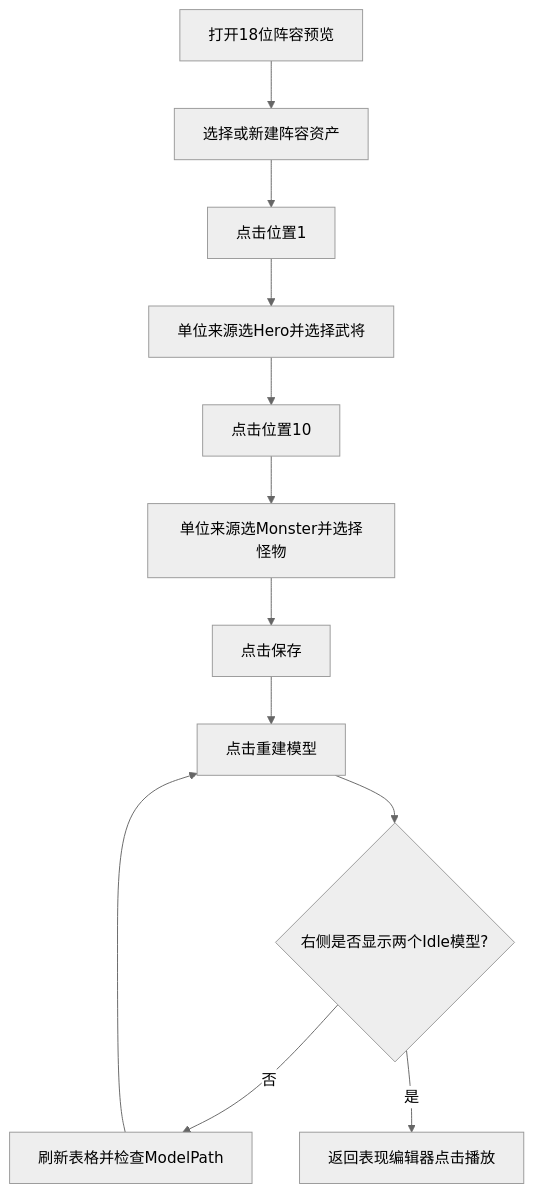
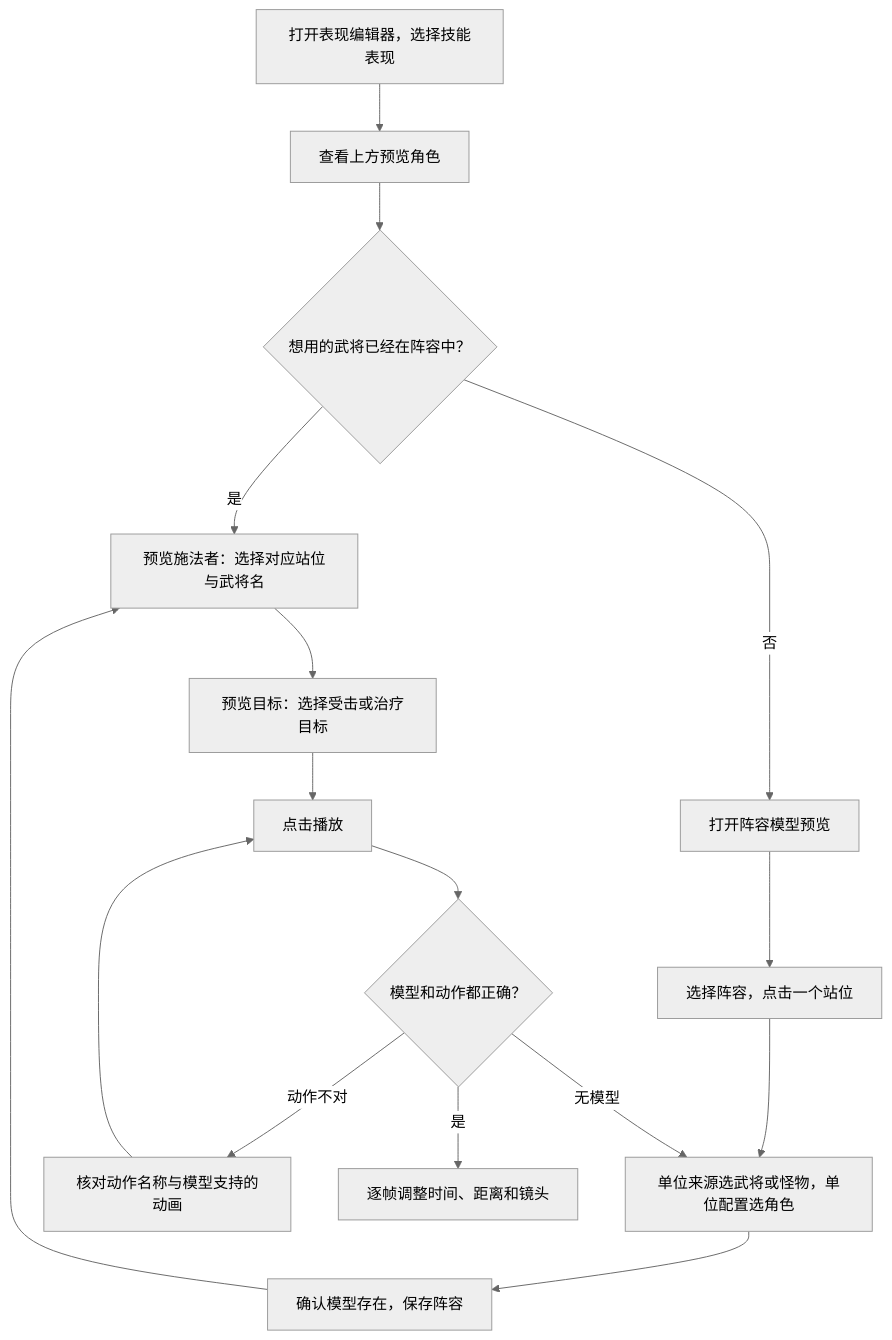
One commit to liuxiuyang0926-bit/LxyProject changed the eighth of 13 diagrams in Packages/LxyGame/LxyGame.Logic/Documentation~/TurnBasedSkillAuthoringGuide.md. Above: the diagram before and after it, drawn with Mermaid (neutral theme). The commit also changed other lines of this file and 45 other files, not shown here.

````diff
--- a/Packages/LxyGame/LxyGame.Logic/Documentation~/TurnBasedSkillAuthoringGuide.md
+++ b/Packages/LxyGame/LxyGame.Logic/Documentation~/TurnBasedSkillAuthoringGuide.md
@@ -671,14 +692,18 @@
-```mermaid
+~~~mermaid
 flowchart TD
-    A[打开18位阵容预览] --> B[选择或新建阵容资产]
-    B --> C[点击位置1]
-    C --> D[单位来源选Hero并选择武将]
-    D --> E[点击位置10]
-    E --> F[单位来源选Monster并选择怪物]
-    F --> G[点击保存]
-    G --> H[点击重建模型]
-    H --> I{右侧是否显示两个Idle模型?}
-    I -- 否 --> J[刷新表格并检查ModelPath]
-    J --> H
-    I -- 是 --> K[返回表现编辑器点击播放]
-```
+    A["打开表现编辑器，选择技能表现"] --> B["查看上方预览角色"]
+    B --> C{"想用的武将已经在阵容中？"}
+    C -- 是 --> D["预览施法者：选择对应站位与武将名"]
+    C -- 否 --> E["打开阵容模型预览"]
+    E --> F["选择阵容，点击一个站位"]
+    F --> G["单位来源选武将或怪物，单位配置选角色"]
+    G --> H["确认模型存在，保存阵容"]
+    H --> D
+    D --> I["预览目标：选择受击或治疗目标"]
+    I --> J["点击播放"]
+    J --> K{"模型和动作都正确？"}
+    K -- 无模型 --> G
+    K -- 动作不对 --> L["核对动作名称与模型支持的动画"]
+    L --> J
+    K -- 是 --> M["逐帧调整时间、距离和镜头"]
+~~~
````
